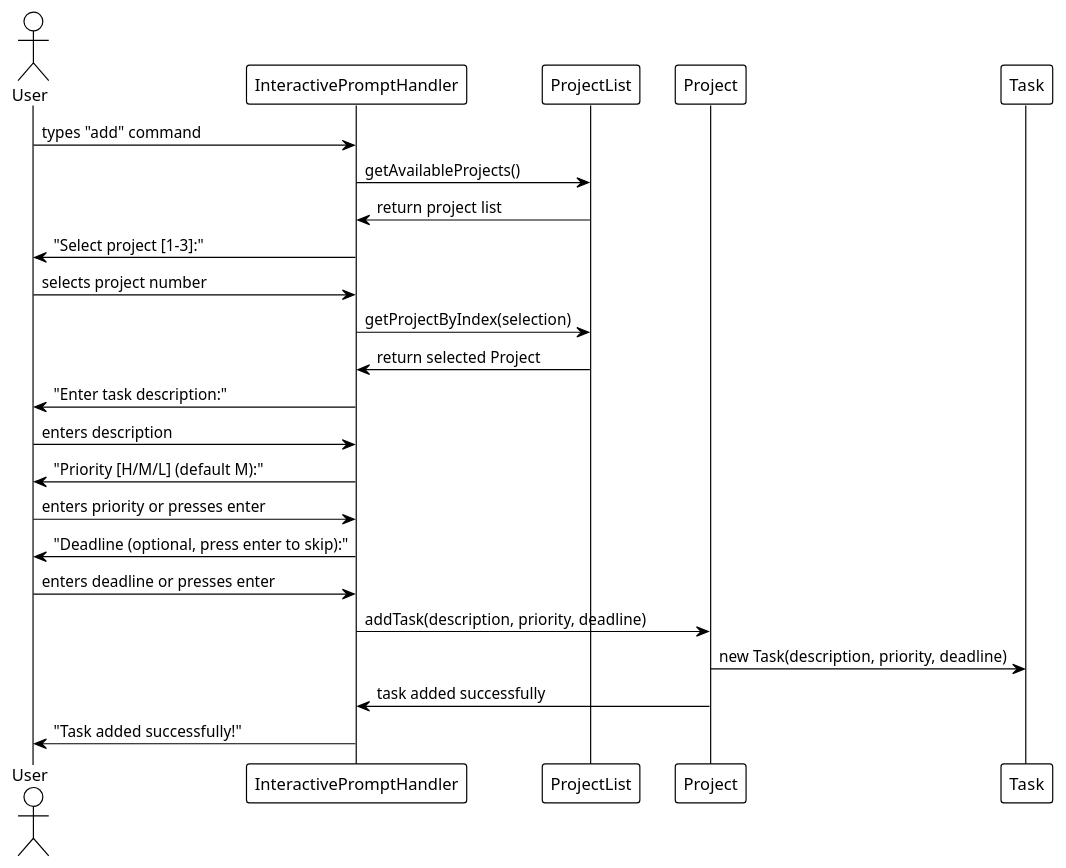
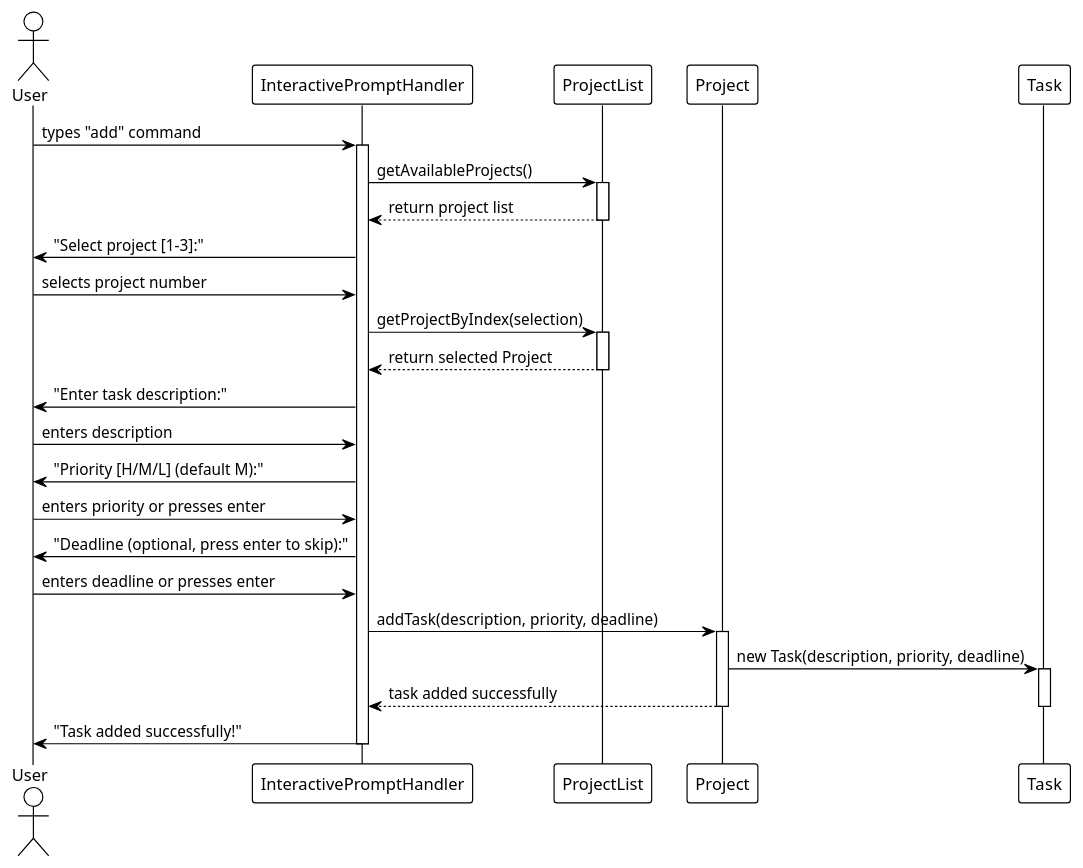
Before and after one commit to sean6369/tp: the diagram in docs/plantUML/add-command-sequence/add-command-sequence-diagram.puml, drawn with PlantUML. The commit also changed 10 other files, not shown here.

First line of the commit message:
Update all sequence diagrams to follow proper UML standards

```diff
--- a/docs/plantUML/add-command-sequence/add-command-sequence-diagram.puml
+++ b/docs/plantUML/add-command-sequence/add-command-sequence-diagram.puml
@@ -1,36 +1,46 @@
 @startuml Add Command Sequence Diagram
 !theme plain
 skinparam classAttributeIconSize 0
 hide stereotype
 
 actor User
 participant InteractivePromptHandler
 participant ProjectList
 participant Project
 participant Task
 
 User -> InteractivePromptHandler: types "add" command
+activate InteractivePromptHandler
 InteractivePromptHandler -> ProjectList: getAvailableProjects()
-ProjectList -> InteractivePromptHandler: return project list
+activate ProjectList
+ProjectList --> InteractivePromptHandler: return project list
+deactivate ProjectList
 InteractivePromptHandler -> User: "Select project [1-3]:"
 
 User -> InteractivePromptHandler: selects project number
 InteractivePromptHandler -> ProjectList: getProjectByIndex(selection)
-ProjectList -> InteractivePromptHandler: return selected Project
+activate ProjectList
+ProjectList --> InteractivePromptHandler: return selected Project
+deactivate ProjectList
 
 InteractivePromptHandler -> User: "Enter task description:"
 User -> InteractivePromptHandler: enters description
 
 InteractivePromptHandler -> User: "Priority [H/M/L] (default M):"
 User -> InteractivePromptHandler: enters priority or presses enter
 
 InteractivePromptHandler -> User: "Deadline (optional, press enter to skip):"
 User -> InteractivePromptHandler: enters deadline or presses enter
 
 InteractivePromptHandler -> Project: addTask(description, priority, deadline)
+activate Project
 Project -> Task: new Task(description, priority, deadline)
-Project -> InteractivePromptHandler: task added successfully
+activate Task
+Project --> InteractivePromptHandler: task added successfully
+deactivate Project
+deactivate Task
 
 InteractivePromptHandler -> User: "Task added successfully!"
+deactivate InteractivePromptHandler
 
 @enduml
```
